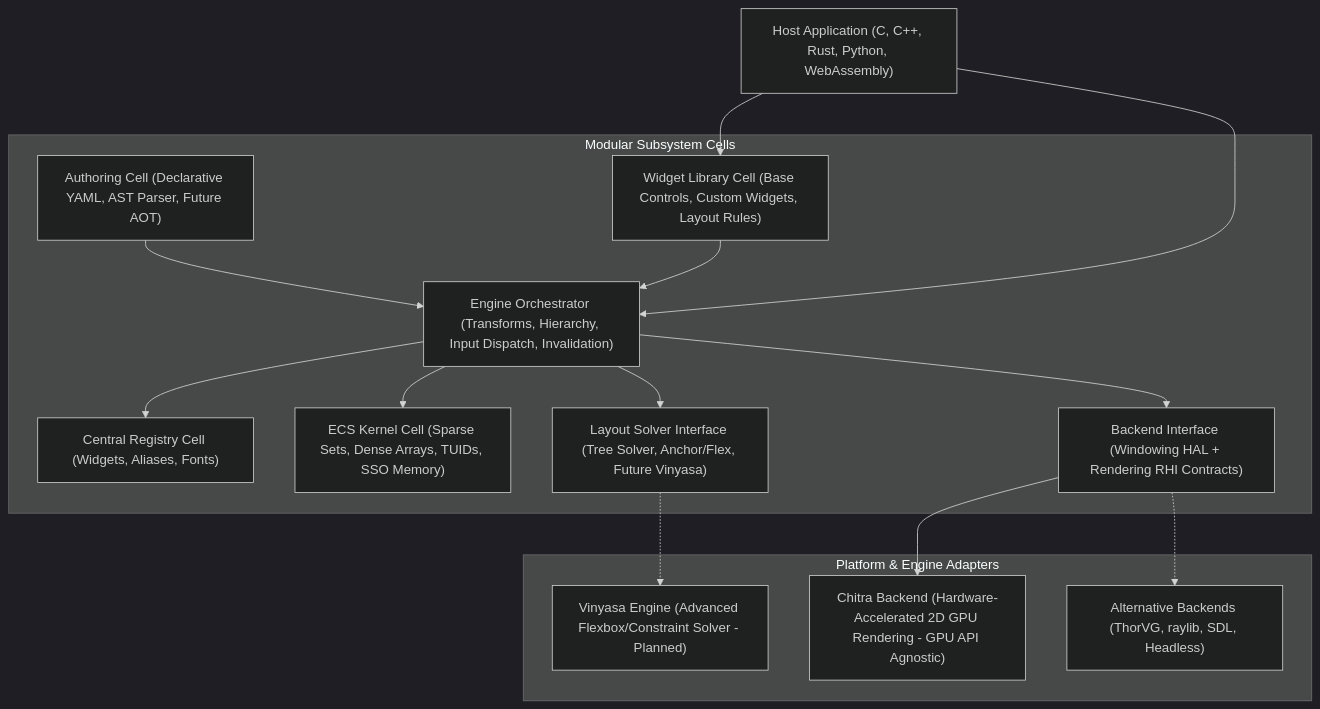
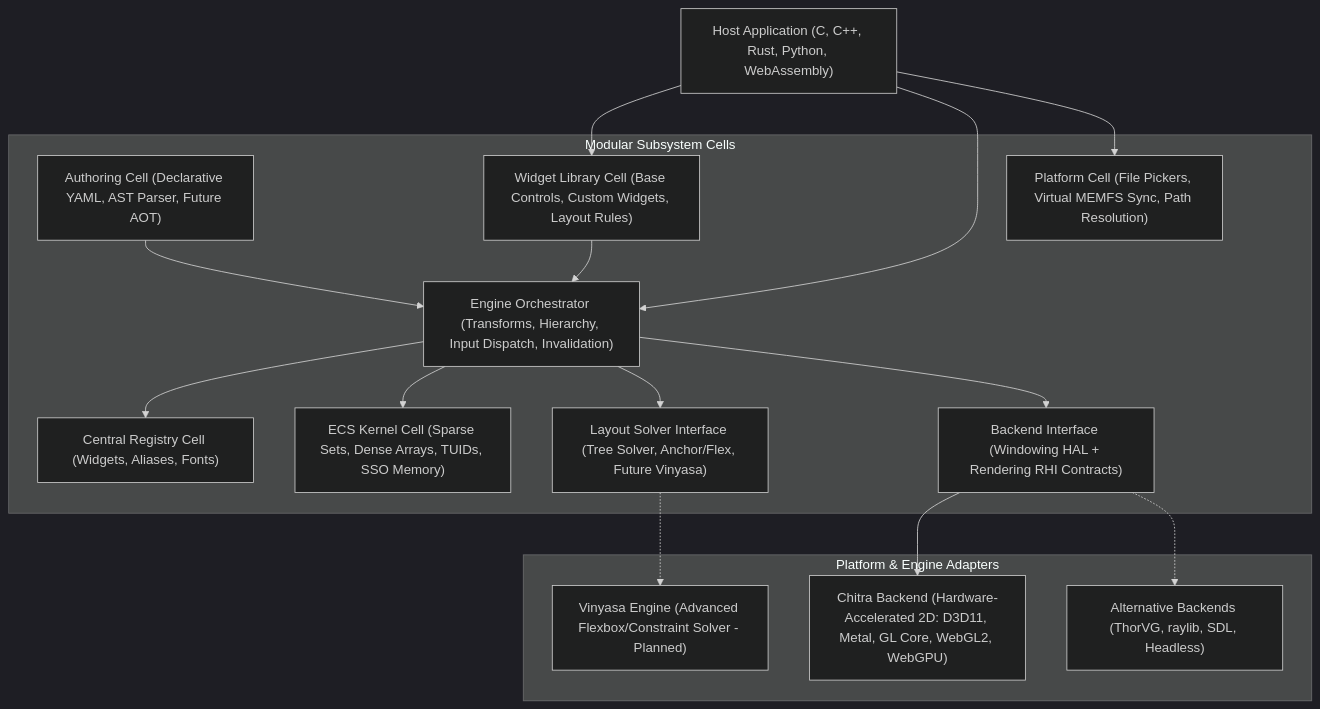
Before and after one commit to Yuvi-GD/Tether: the diagram in docs/index.md, drawn with Mermaid (dark theme). The commit also changed other lines of this file and 5 other files, not shown here.

Commit message:
docs: update documentation for WebAssembly, WebGPU, and platform abstraction

````diff
--- a/docs/index.md
+++ b/docs/index.md
@@ -31,34 +31,36 @@
 ```mermaid
 flowchart TD
     Host["Host Application (C, C++, Rust, Python, WebAssembly)"]
     
     subgraph Cells["Modular Subsystem Cells"]
         Authoring["Authoring Cell (Declarative YAML, AST Parser, Future AOT)"]
         UI["Widget Library Cell (Base Controls, Custom Widgets, Layout Rules)"]
         Registry["Central Registry Cell (Widgets, Aliases, Fonts)"]
         Engine["Engine Orchestrator (Transforms, Hierarchy, Input Dispatch, Invalidation)"]
         Kernel["ECS Kernel Cell (Sparse Sets, Dense Arrays, TUIDs, SSO Memory)"]
         Layout["Layout Solver Interface (Tree Solver, Anchor/Flex, Future Vinyasa)"]
+        Platform["Platform Cell (File Pickers, Virtual MEMFS Sync, Path Resolution)"]
         Backend["Backend Interface (Windowing HAL + Rendering RHI Contracts)"]
     end
 
     subgraph Adapters["Platform & Engine Adapters"]
-        Chitra["Chitra Backend (Hardware-Accelerated 2D GPU Rendering - GPU API Agnostic)"]
+        Chitra["Chitra Backend (Hardware-Accelerated 2D: D3D11, Metal, GL Core, WebGL2, WebGPU)"]
         Vinyasa["Vinyasa Engine (Advanced Flexbox/Constraint Solver - Planned)"]
         OtherBackends["Alternative Backends (ThorVG, raylib, SDL, Headless)"]
     end
 
     Host --> UI
     Host --> Engine
+    Host --> Platform
     UI --> Engine
     Authoring --> Engine
     
     Engine --> Registry
     Engine --> Kernel
     Engine --> Layout
     Engine --> Backend
     
     Layout -.-> Vinyasa
     Backend --> Chitra
     Backend -.-> OtherBackends
 ```
````
